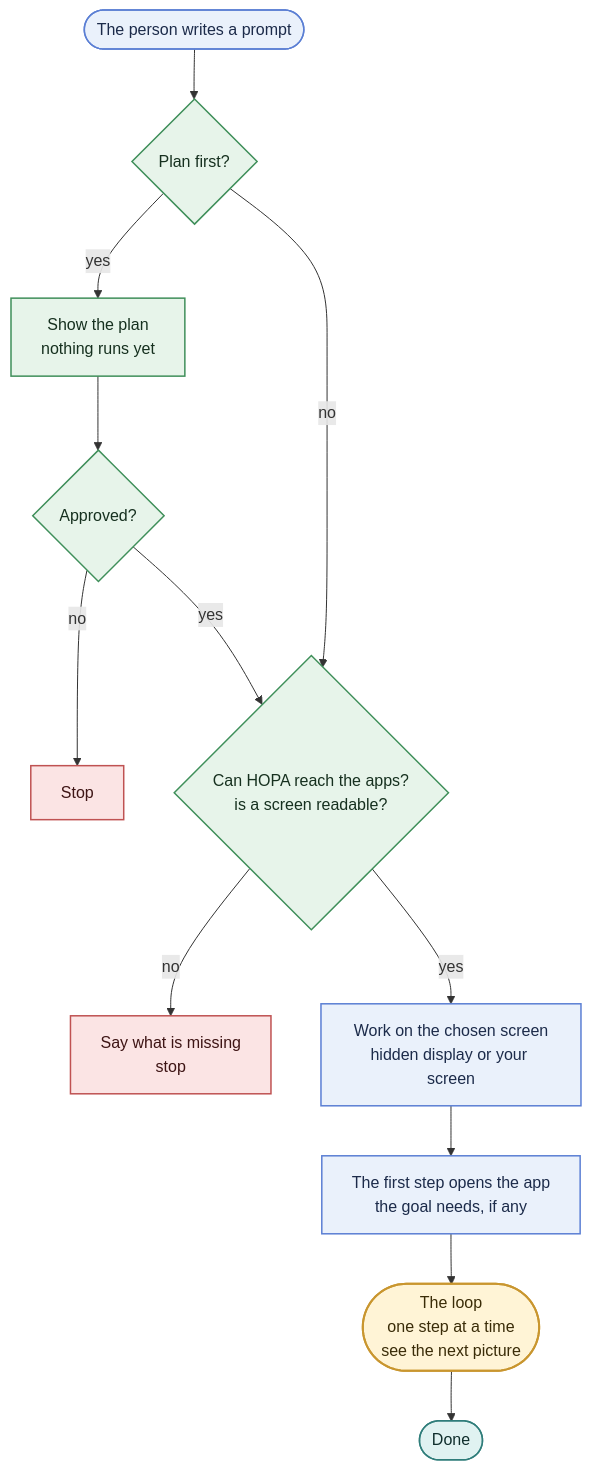
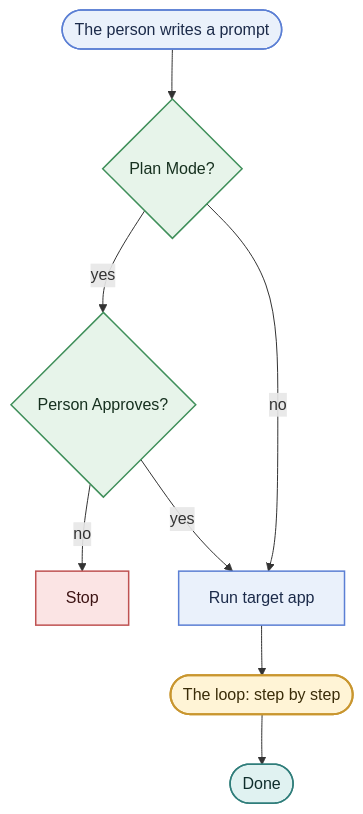
The first of 3 diagrams in docs/design/architecture/turn-flow.md (agents-demo/hopa), drawn with Mermaid before and after one commit. The commit also changed other lines of this file and 11 other files, not shown here.

First line of the commit message:
docs(architecture): manager pictures for the turn, loop, paths, actions, tree

````diff
--- a/docs/design/architecture/turn-flow.md
+++ b/docs/design/architecture/turn-flow.md
@@ -21,26 +21,23 @@
 ```mermaid
 flowchart TD
-  A(["The person writes a prompt"]) --> B{"Plan first?"}
-  B -->|"yes"| C["Show the plan<br/>nothing runs yet"]
-  C --> D{"Approved?"}
+  A(["The person writes a prompt"]) --> B{"Plan Mode?"}
+  B -->|"yes"| D{"Person Approves?"}
   D -->|"no"| Z1["Stop"]
-  D -->|"yes"| E
-  B -->|"no"| E
-  E{"Can HOPA reach the apps?<br/>is a screen readable?"} -->|"no"| Z2["Say what is missing<br/>stop"]
-  E -->|"yes"| F["Work on the chosen screen<br/>hidden display or your screen"]
-  F --> G["The first step opens the app<br/>the goal needs, if any"]
-  G --> L(["The loop<br/>one step at a time<br/>see the next picture"])
+  D -->|"yes"| G
+  B -->|"no"| G
+  G["Run target app"]
+  G --> L(["The loop: step by step"])
   L --> R(["Done"])
 
   classDef io fill:#EAF1FB,stroke:#5B7FD4,color:#1C2B4A,stroke-width:1.5px
   classDef core fill:#E7F4EA,stroke:#3F8F5A,color:#16301F,stroke-width:1.5px
   classDef loop fill:#FFF4D6,stroke:#C9962F,color:#3A2C08,stroke-width:2px
   classDef result fill:#E0F2F1,stroke:#2F7D7A,color:#0F2E2C,stroke-width:1.5px
   classDef stop fill:#FBE4E4,stroke:#BF5252,color:#3D1414,stroke-width:1.5px
 
-  class A,F,G io
-  class B,C,D,E core
+  class A,G io
+  class B,D core
   class L loop
   class R result
-  class Z1,Z2 stop
+  class Z1 stop
 ```
````
